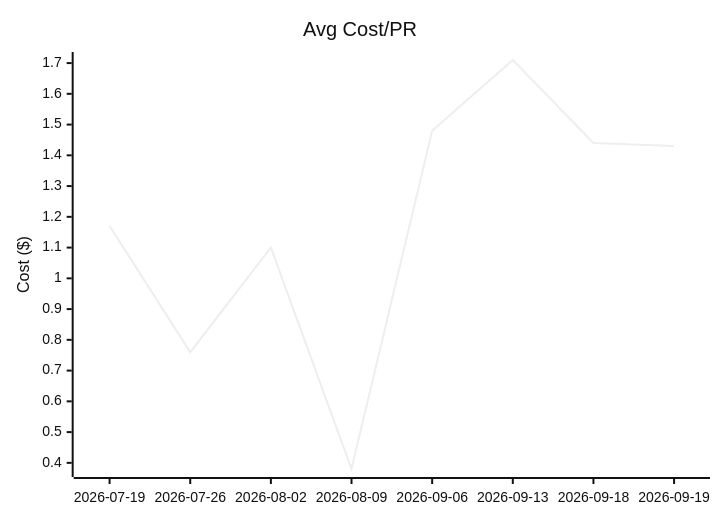
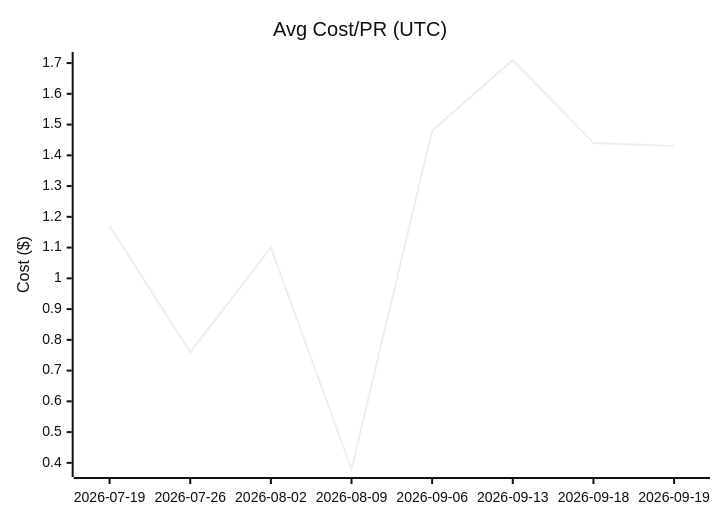
One commit to Sanctum-Origo-Systems/autoloop changed the second of 3 diagrams in EVAL.md. Above: the diagram before and after it, drawn with Mermaid (neutral theme). The commit also changed other lines of this file, not shown here.

````diff
--- a/EVAL.md
+++ b/EVAL.md
@@ -39,7 +39,7 @@
 ```mermaid
 xychart-beta
-    title "Avg Cost/PR"
+    title "Avg Cost/PR (UTC)"
     x-axis ["2026-07-19", "2026-07-26", "2026-08-02", "2026-08-09", "2026-09-06", "2026-09-13", "2026-09-18", "2026-09-19"]
     y-axis "Cost ($)"
     line [1.17, 0.76, 1.10, 0.38, 1.48, 1.71, 1.44, 1.43]
 ```
````
